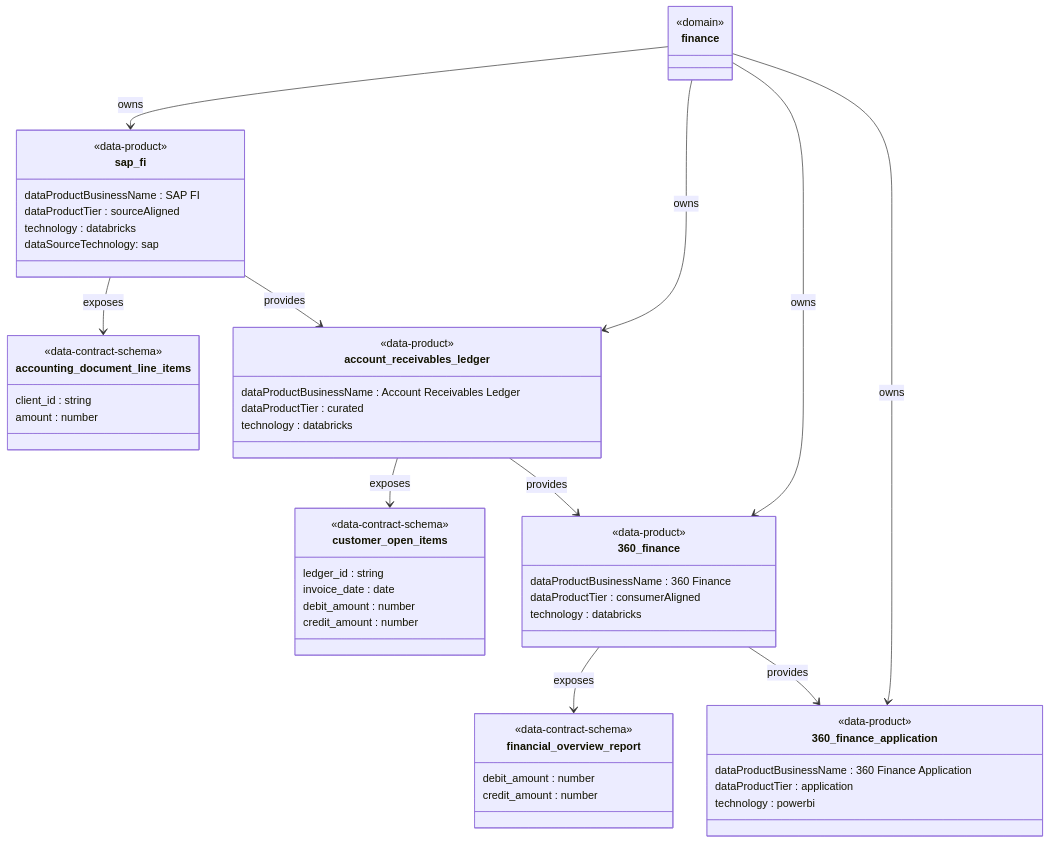
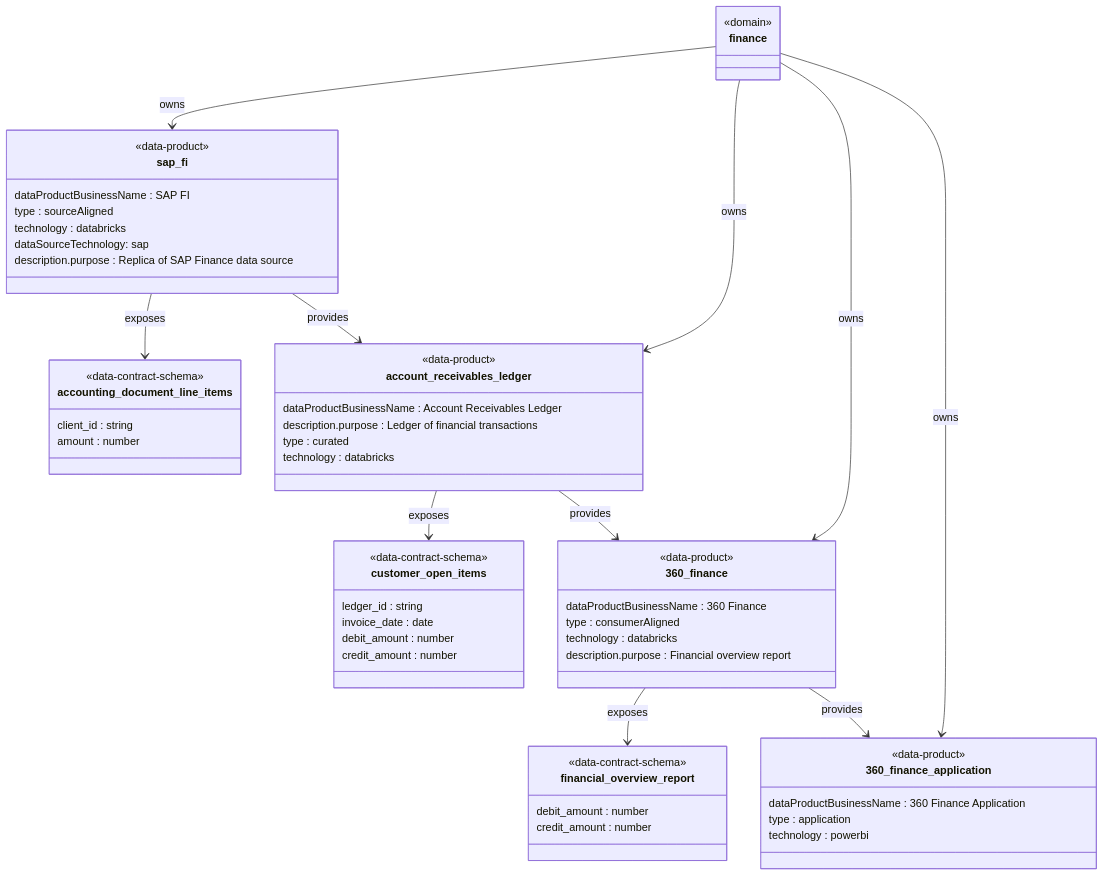
The diagram in packages/dmesh-cli/src/dmesh/cli/commands/testdata/testdata_finance_mermaid.md (dmesh-zone/dmesh-core), drawn with Mermaid before and after one commit. The commit also changed 30 other files, not shown here.

Commit message:
refactor: replace dataProductTier custom property with native type field and update schema versions

````diff
--- a/packages/dmesh-cli/src/dmesh/cli/commands/testdata/testdata_finance_mermaid.md
+++ b/packages/dmesh-cli/src/dmesh/cli/commands/testdata/testdata_finance_mermaid.md
@@ -1,63 +1,66 @@
 ```mermaid
 classDiagram
     %% DOMAIN
     class finance{
         <<domain>>
     }
     finance --> sap_fi: owns
     finance --> account_receivables_ledger : owns
     finance --> 360_finance: owns
     finance --> 360_finance_application: owns
     %% SOURCE ALIGNED DATA PRODUCT
     sap_fi --> accounting_document_line_items : exposes
     class sap_fi{
         <<data-product>>
         dataProductBusinessName : SAP FI
-        dataProductTier : sourceAligned
+        type : sourceAligned
         technology : databricks
         dataSourceTechnology: sap
+        description.purpose : Replica of SAP Finance data source
     }
     class accounting_document_line_items{
         <<data-contract-schema>>
         client_id : string
         amount : number
     }
     %% CURATED DATA PRODUCT
     account_receivables_ledger --> customer_open_items : exposes
     class account_receivables_ledger{
         <<data-product>>
         dataProductBusinessName : Account Receivables Ledger
-        dataProductTier : curated
+        description.purpose : Ledger of financial transactions
+        type : curated
         technology : databricks
     }
     class customer_open_items {
         <<data-contract-schema>>
         ledger_id : string
         invoice_date : date
         debit_amount : number
         credit_amount : number
     }
     %% CONSUMER ALIGNED DATA PRODUCT
     360_finance --> financial_overview_report : exposes
     class 360_finance{
         <<data-product>>
         dataProductBusinessName : 360 Finance
-        dataProductTier : consumerAligned
+        type : consumerAligned
         technology : databricks
+        description.purpose : Financial overview report
     }
     class financial_overview_report{
         <<data-contract-schema>>
         debit_amount : number
         credit_amount : number
     }
     %% APPLICATION DATA PRODUCT
     class 360_finance_application {
         <<data-product>>
         dataProductBusinessName : 360 Finance Application
-        dataProductTier : application
+        type : application
         technology : powerbi
     }
     sap_fi --> account_receivables_ledger : provides
     account_receivables_ledger --> 360_finance: provides
     360_finance --> 360_finance_application : provides
 ```
````
